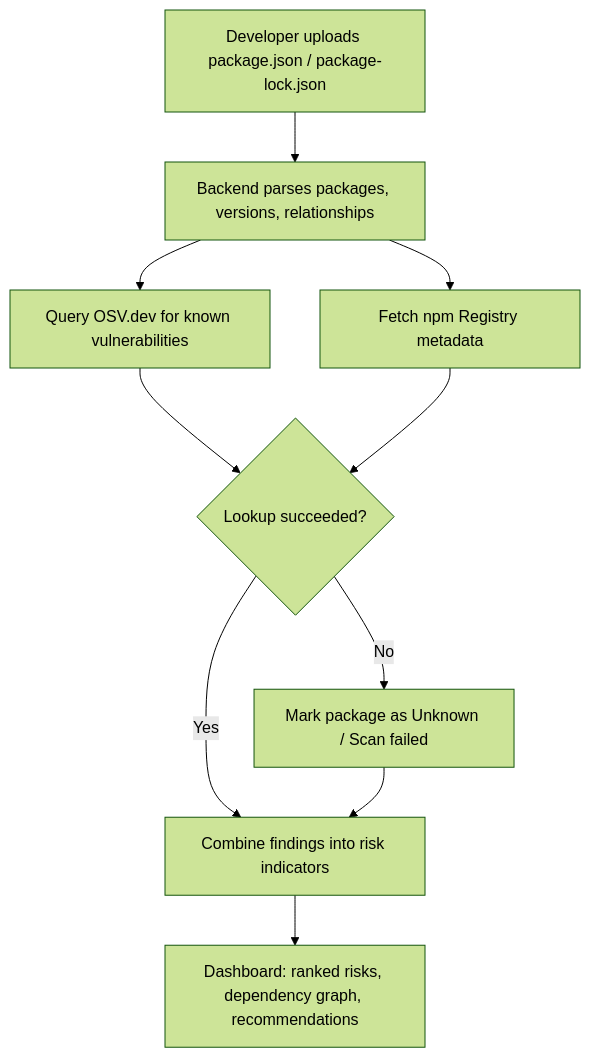
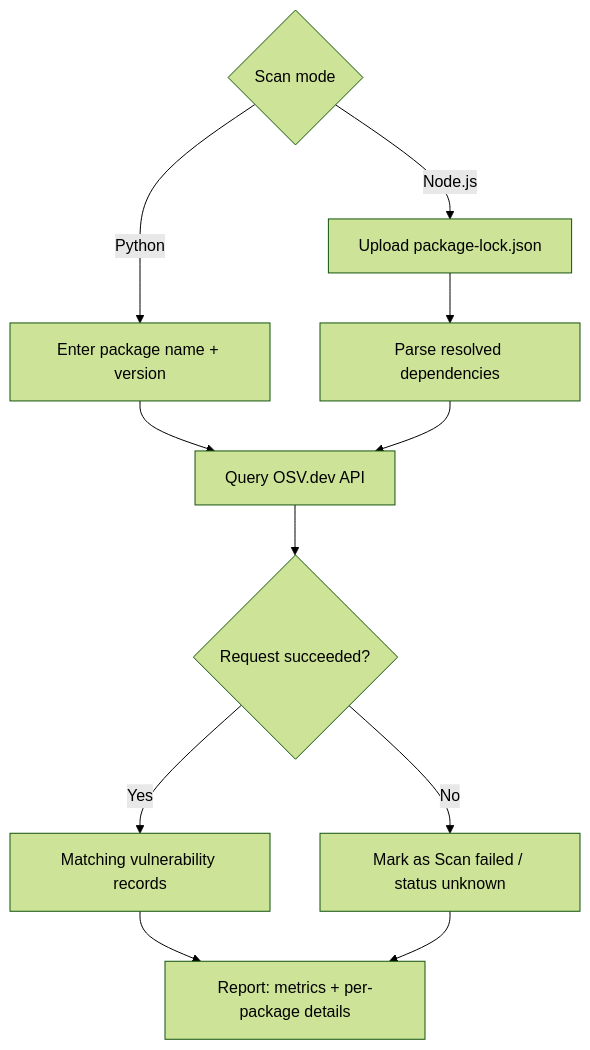
The diagram in README.md (Nandanpatgar/DepenDency-Risk-RaDar), drawn with Mermaid (forest theme) before and after one commit. The commit also changed other lines of this file, not shown here.

First line of the commit message:
Revise README to include new features and project details

````diff
--- a/README.md
+++ b/README.md
@@ -22,12 +30,13 @@
 ```mermaid
 flowchart TD
-    A[Developer uploads package.json / package-lock.json] --> B[Backend parses packages, versions, relationships]
-    B --> C[Query OSV.dev for known vulnerabilities]
-    B --> D[Fetch npm Registry metadata]
-    C --> E{Lookup succeeded?}
+    A{Scan mode} -->|Python| B[Enter package name + version]
+    A -->|Node.js| C[Upload package-lock.json]
+    C --> D[Parse resolved dependencies]
+    B --> E[Query OSV.dev API]
     D --> E
-    E -- Yes --> F[Combine findings into risk indicators]
-    E -- No --> G[Mark package as Unknown / Scan failed]
-    G --> F
-    F --> H[Dashboard: ranked risks, dependency graph, recommendations]
+    E --> F{Request succeeded?}
+    F -->|Yes| G[Matching vulnerability records]
+    F -->|No| H[Mark as Scan failed / status unknown]
+    G --> I[Report: metrics + per-package details]
+    H --> I
 ```
````
